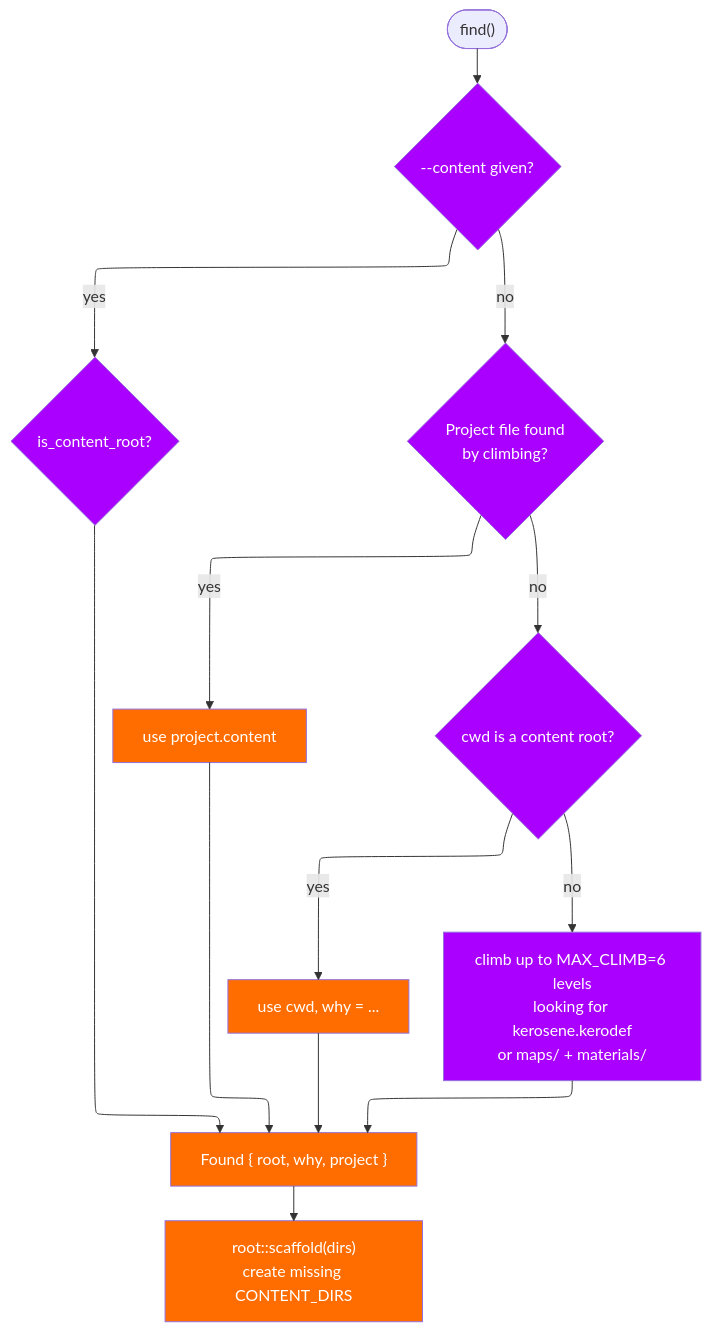
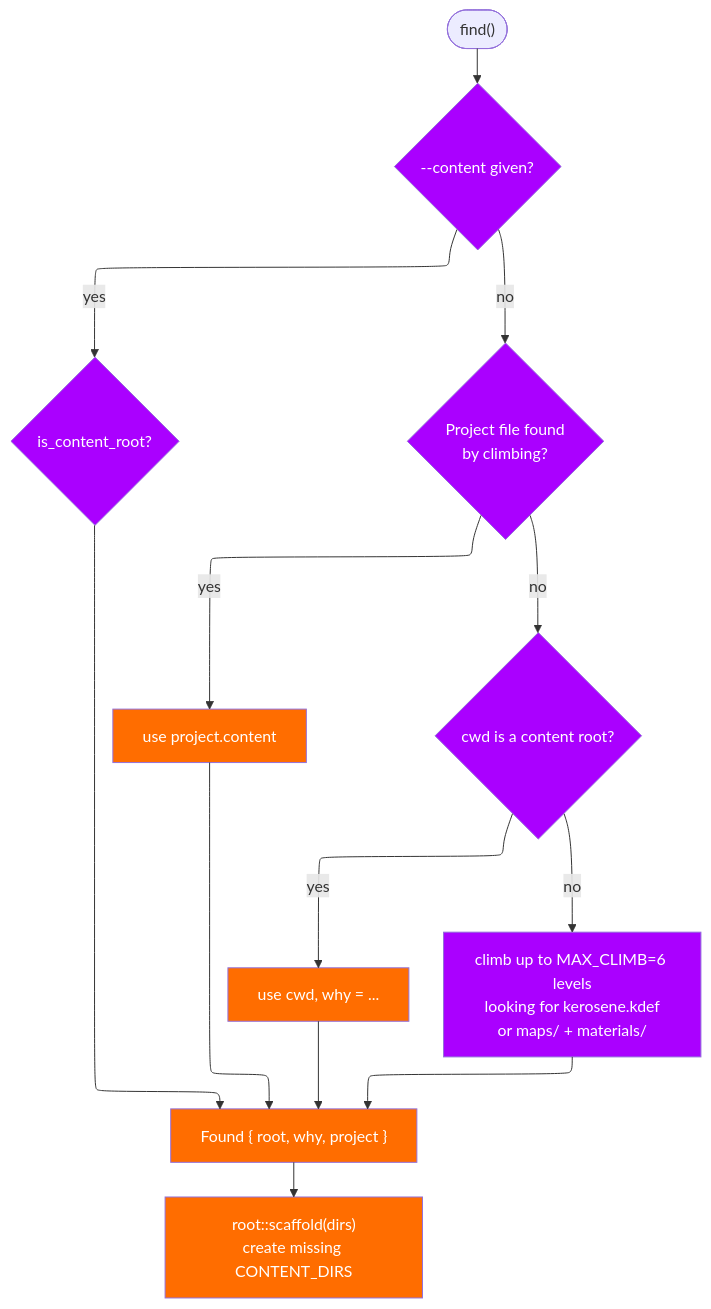
The second of 3 diagrams in src/devnotes/tools-and-build.md (T342guy/Kerosene), drawn with Mermaid before and after one commit. The commit also changed other lines of this file and 224 other files, not shown here.

````diff
--- a/src/devnotes/tools-and-build.md
+++ b/src/devnotes/tools-and-build.md
@@ -84,24 +84,24 @@
 ```mermaid
 ---
 config:
   layout: elk
 ---
 flowchart TB
     start(["find()"]) --> explicit{"--content given?"}
     explicit -- yes --> verify{"is_content_root?"}
     explicit -- no --> project{"Project file found<br/>by climbing?"}
     project -- yes --> useP["use project.content"]
     project -- no --> cwd{"cwd is a content root?"}
     cwd -- yes --> useC["use cwd, why = ..."]
-    cwd -- no --> climb["climb up to MAX_CLIMB=6 levels<br/>looking for kerosene.kerodef<br/>or maps/ + materials/"]
+    cwd -- no --> climb["climb up to MAX_CLIMB=6 levels<br/>looking for kerosene.kdef<br/>or maps/ + materials/"]
     climb --> found
     verify --> found["Found { root, why, project }"]
     useP --> found
     useC --> found
     found --> scaffold["root::scaffold(dirs)<br/>create missing CONTENT_DIRS"]
 
     classDef dec fill:#AA00FF,color:#fff
     classDef proc fill:#FF6D00,color:#fff
     class explicit,project,cwd,climb,verify dec
     class found,scaffold,useP,useC proc
 ```
````
